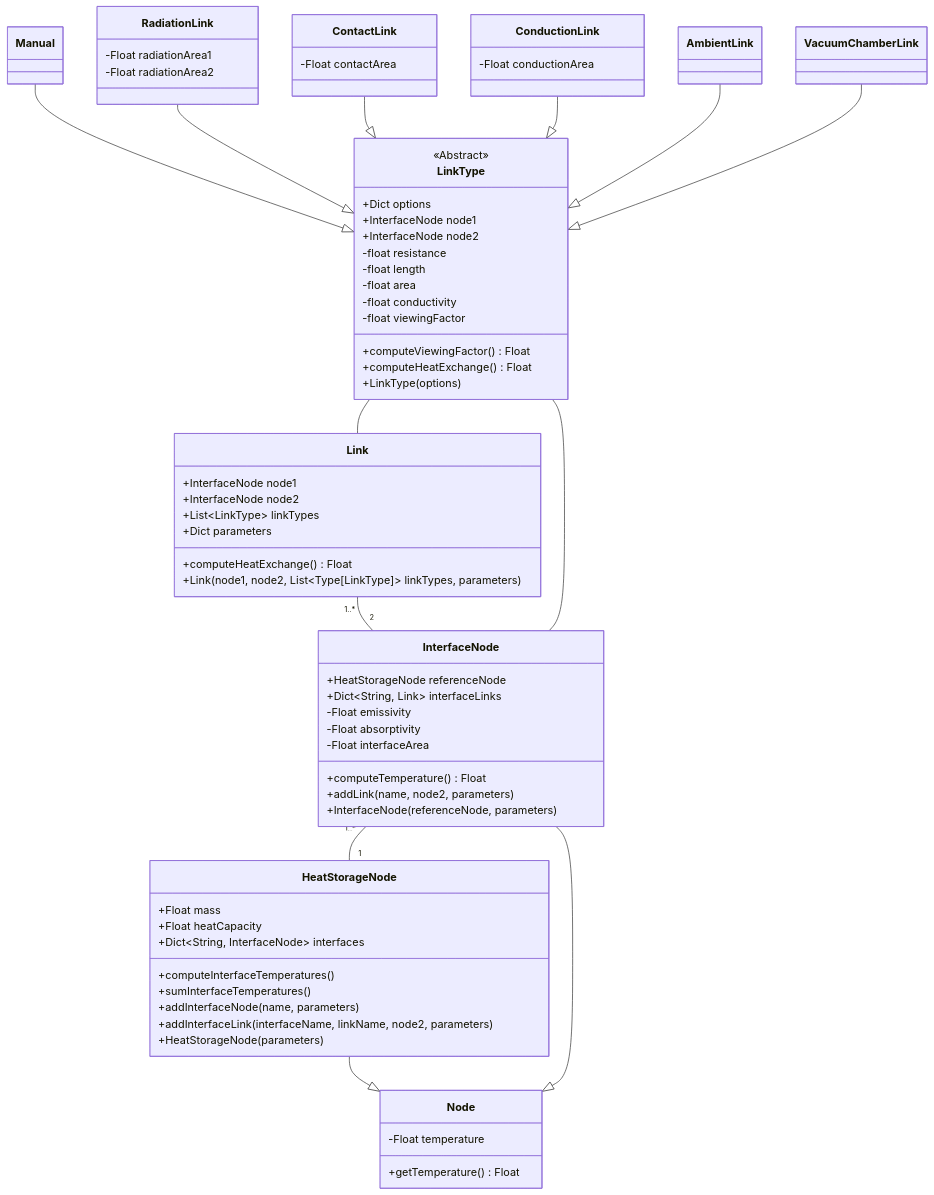
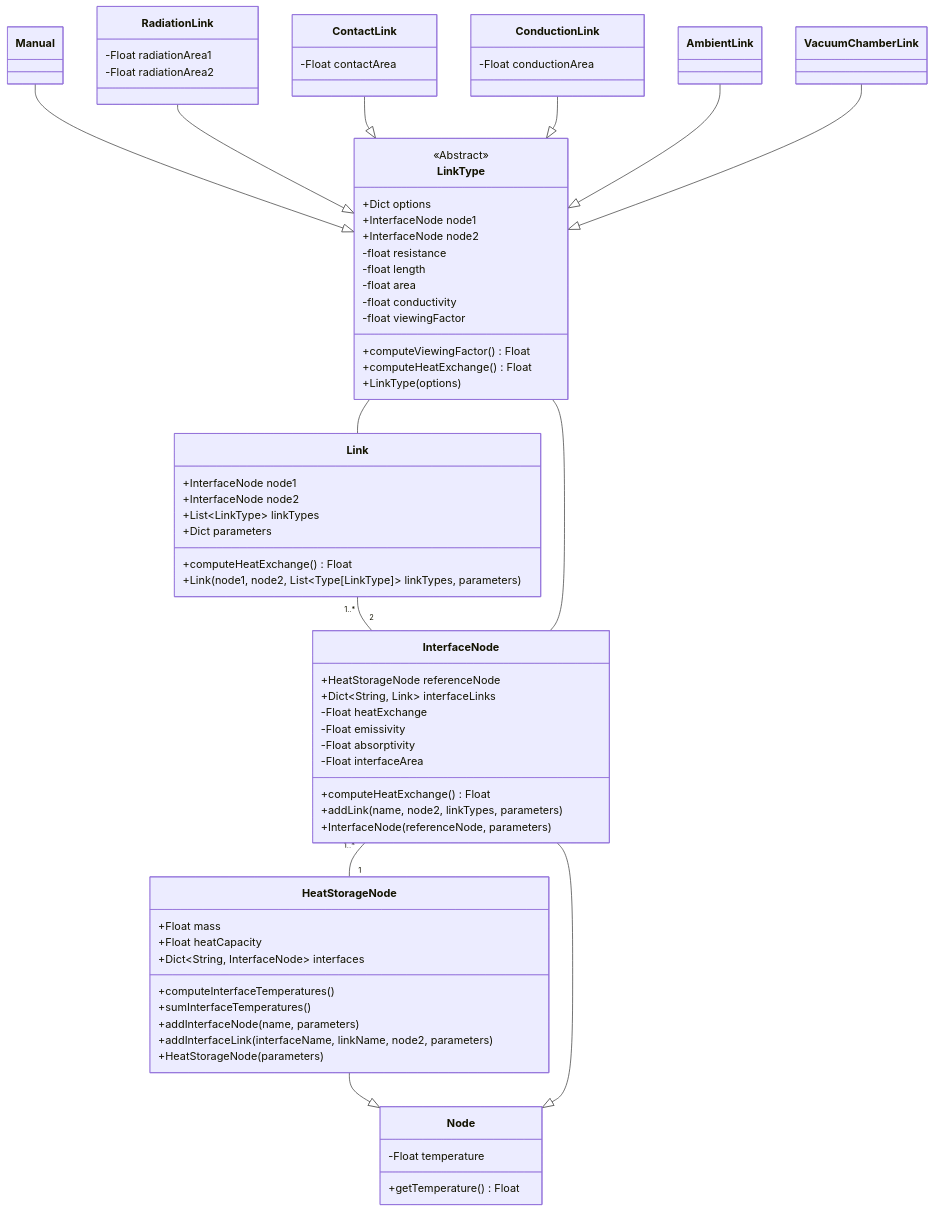
Before and after one commit to niveK77pur/ISM-Thermal-Model: the diagram in class-diagram/class-diagram.mmd, drawn with Mermaid. The commit also changed 2 other files, not shown here.

Commit message:
fix heat exchang computations for IFN

```diff
--- a/class-diagram/class-diagram.mmd
+++ b/class-diagram/class-diagram.mmd
@@ -1,84 +1,85 @@
 classDiagram
 
 
 class Node {
     -Float temperature
     +getTemperature() Float
 }
 
 class HeatStorageNode {
     +Float mass
     +Float heatCapacity
     +Dict~String, InterfaceNode~ interfaces
     +computeInterfaceTemperatures()
     +sumInterfaceTemperatures()
     +addInterfaceNode(name, parameters)
     +addInterfaceLink(interfaceName, linkName, node2, parameters)
     +HeatStorageNode(parameters)
 }
 
 class InterfaceNode {
     +HeatStorageNode referenceNode
     +Dict~String, Link~ interfaceLinks
+    -Float heatExchange
     -Float emissivity
     -Float absorptivity
     -Float interfaceArea
-    +computeTemperature() Float
-    +addLink(name, node2, parameters)
+    +computeHeatExchange() Float
+    +addLink(name, node2, linkTypes, parameters)
     +InterfaceNode(referenceNode, parameters)
 }
 
 class Link {
     +InterfaceNode node1
     +InterfaceNode node2
     +List~LinkType~ linkTypes
     +Dict parameters
     +computeHeatExchange() Float
     +Link(node1, node2, List~Type[LinkType]~ linkTypes, parameters)
 }
 
 
 class LinkType {
     <<Abstract>>
     +Dict options
     +InterfaceNode node1
     +InterfaceNode node2
     -float resistance
     -float length
     -float area
     -float conductivity
     -float viewingFactor
     +computeViewingFactor() Float
     +computeHeatExchange() Float
     +LinkType(options)
 }
 
 class RadiationLink {
     -Float radiationArea1
     -Float radiationArea2
 }
 
 class ContactLink {
     -Float contactArea
 }
 
 class ConductionLink {
     -Float conductionArea
 }
 
 HeatStorageNode --|> Node
 InterfaceNode --|> Node
 
 Manual --|> LinkType
 RadiationLink --|> LinkType
 ContactLink --|> LinkType
 ConductionLink --|> LinkType
 AmbientLink --|> LinkType
 VacuumChamberLink --|> LinkType
 
 Link "1..*" -- "2" InterfaceNode
 
 InterfaceNode "1..*" -- "1" HeatStorageNode
 
 LinkType -- Link
 LinkType -- InterfaceNode
```
